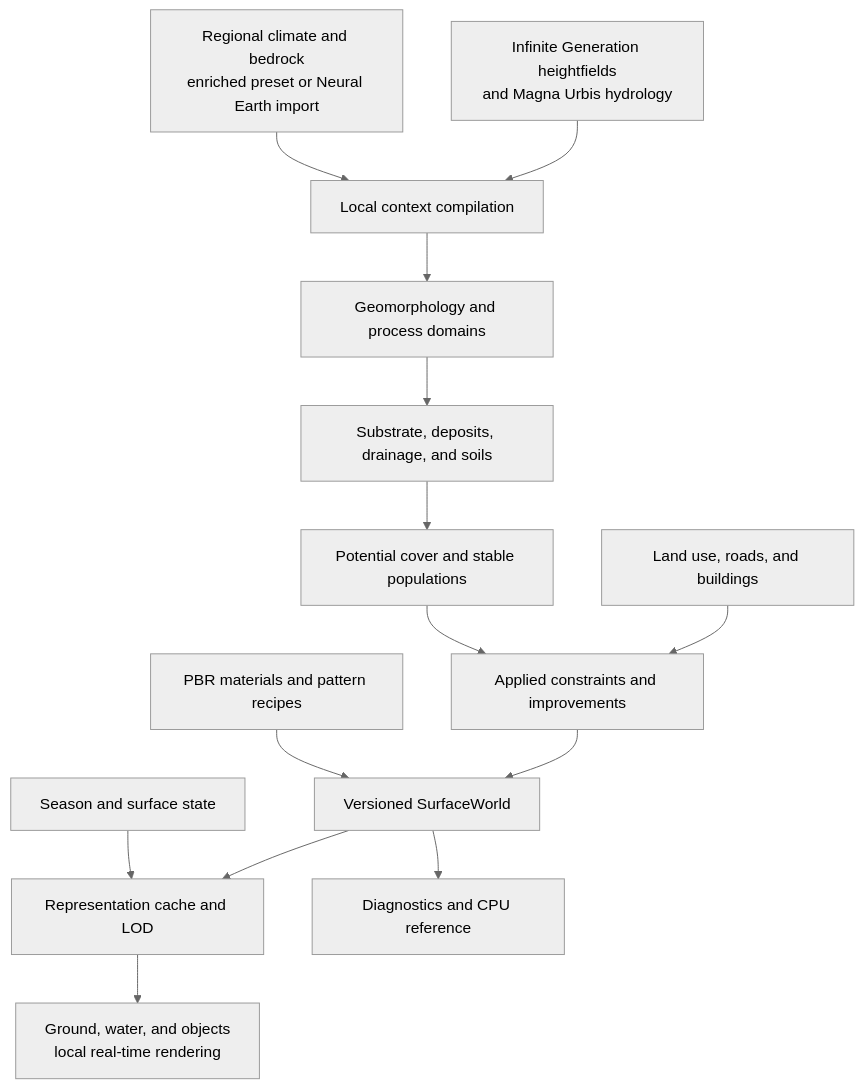
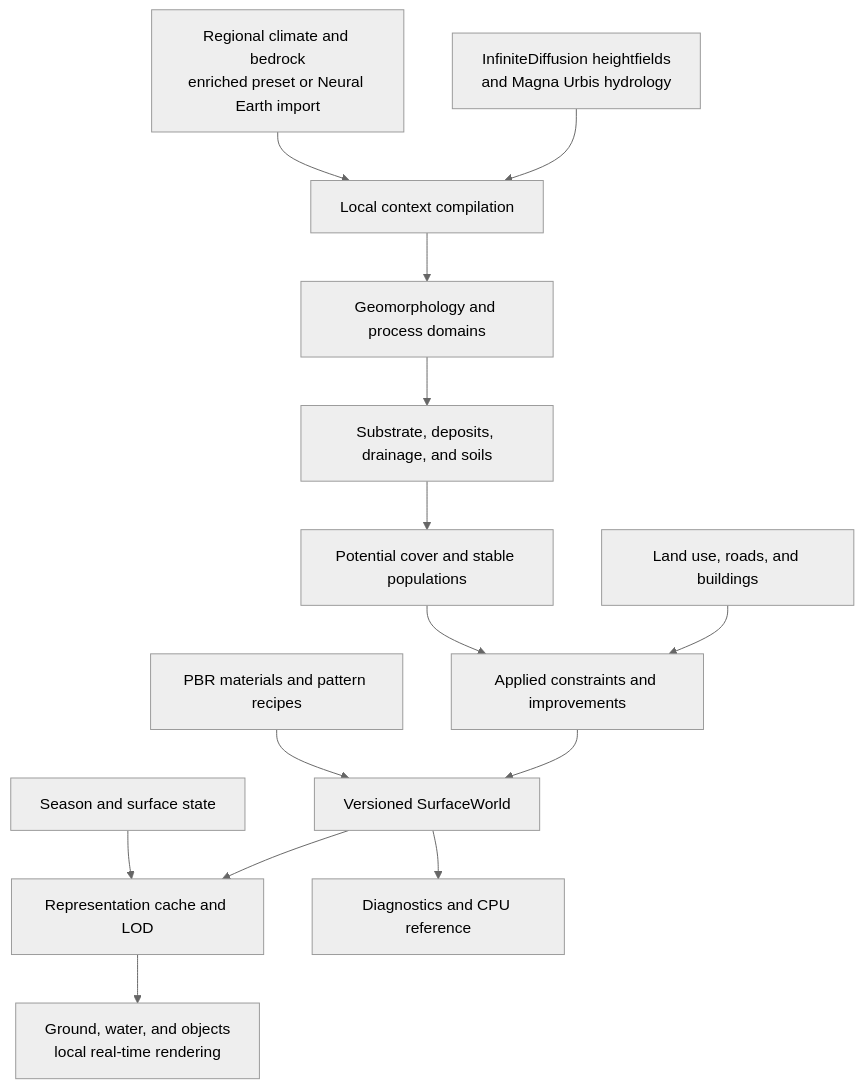
Before and after one commit to dunkean/magna-urbis: the diagram in docs/RENDER_SURFACE_DESIGN.md, drawn with Mermaid (neutral theme). The commit also changed other lines of this file and 12 other files, not shown here.

Commit message:
docs,surface: use the real names InfiniteDiffusion and Terrain Diffusion

````diff
--- a/docs/RENDER_SURFACE_DESIGN.md
+++ b/docs/RENDER_SURFACE_DESIGN.md
@@ -100,16 +100,16 @@
 ```mermaid
 flowchart TD
-    A[Infinite Generation heightfields<br/>and Magna Urbis hydrology] --> C[Local context compilation]
+    A[InfiniteDiffusion heightfields<br/>and Magna Urbis hydrology] --> C[Local context compilation]
     B[Regional climate and bedrock<br/>enriched preset or Neural Earth import] --> C
     C --> D[Geomorphology and process domains]
     D --> E[Substrate, deposits, drainage, and soils]
     E --> F[Potential cover and stable populations]
     U[Land use, roads, and buildings] --> G[Applied constraints and improvements]
     F --> G
     G --> H[Versioned SurfaceWorld]
     M[PBR materials and pattern recipes] --> H
     H --> I[Representation cache and LOD]
     S[Season and surface state] --> I
     I --> J[Ground, water, and objects<br/>local real-time rendering]
     H --> K[Diagnostics and CPU reference]
 ```
````
